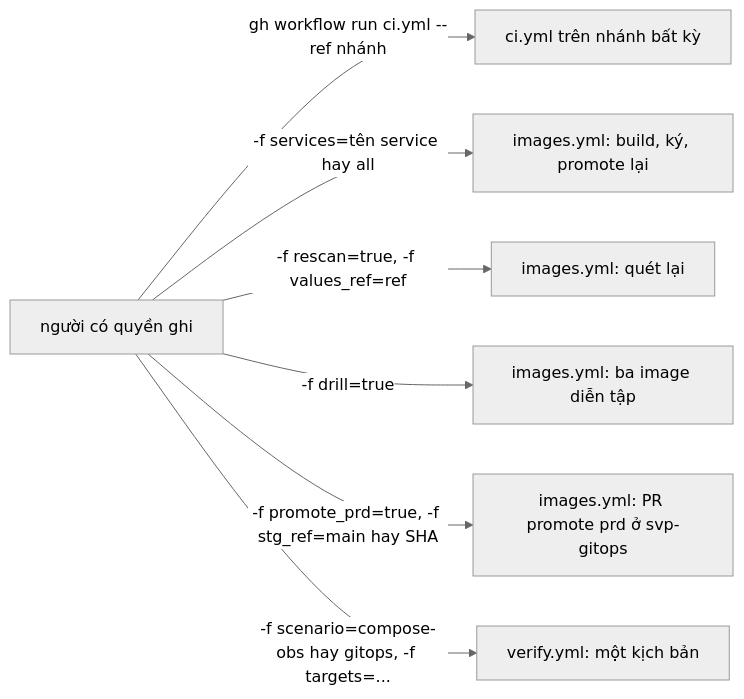
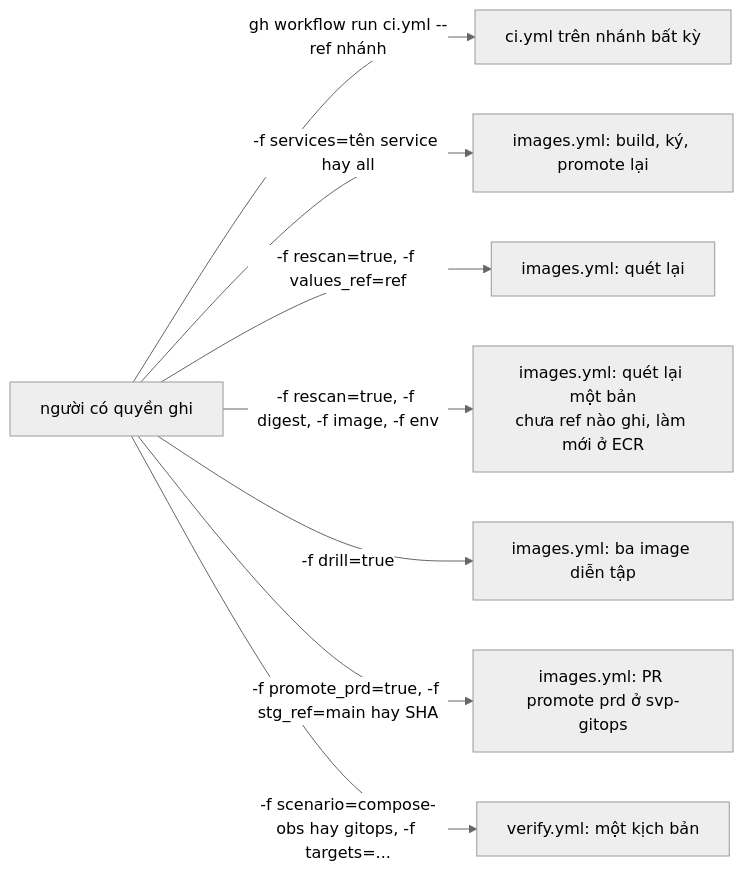
The fourth of 5 diagrams in docs/ci-cd.md (anhnvcoder/svp-backend), drawn with Mermaid (neutral theme) before and after one commit. The commit also changed other lines of this file and 26 other files, not shown here.

````diff
--- a/docs/ci-cd.md
+++ b/docs/ci-cd.md
@@ -128,10 +140,11 @@
 ```mermaid
 flowchart LR
     who["người có quyền ghi"]
     who -->|"gh workflow run ci.yml --ref nhánh"| ci["ci.yml trên nhánh bất kỳ"]
     who -->|"-f services=tên service hay all"| b["images.yml: build, ký, promote lại"]
     who -->|"-f rescan=true, -f values_ref=ref"| r["images.yml: quét lại"]
+    who -->|"-f rescan=true, -f digest, -f image, -f env"| rd["images.yml: quét lại một bản<br/>chưa ref nào ghi, làm mới ở ECR"]
     who -->|"-f drill=true"| d["images.yml: ba image diễn tập"]
     who -->|"-f promote_prd=true, -f stg_ref=main hay SHA"| p["images.yml: PR promote prd ở svp-gitops"]
     who -->|"-f scenario=compose-obs hay gitops, -f targets=..."| v["verify.yml: một kịch bản"]
 ```
````
